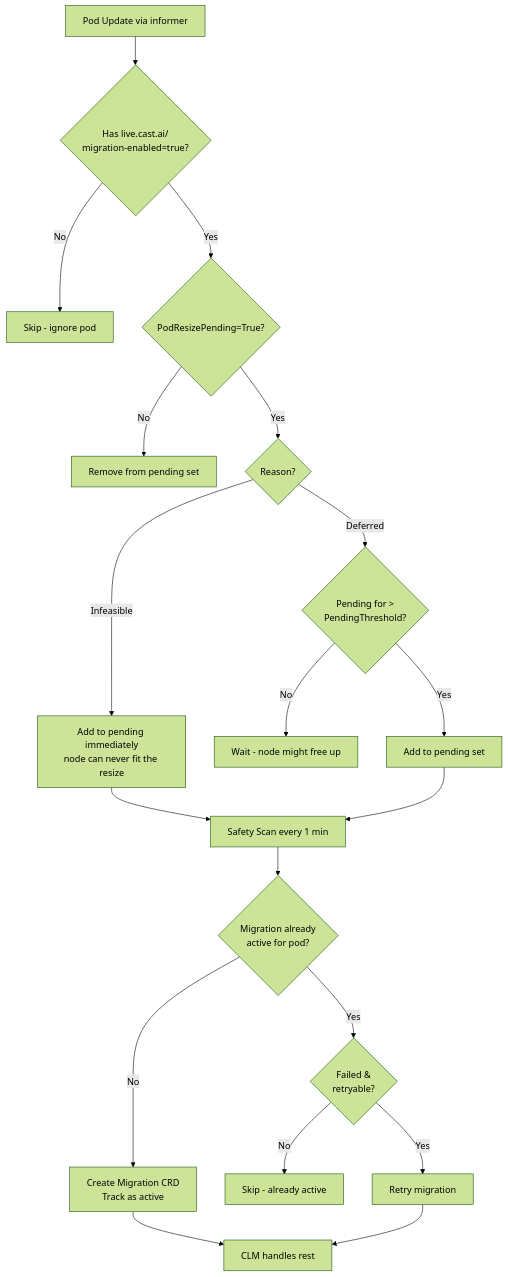
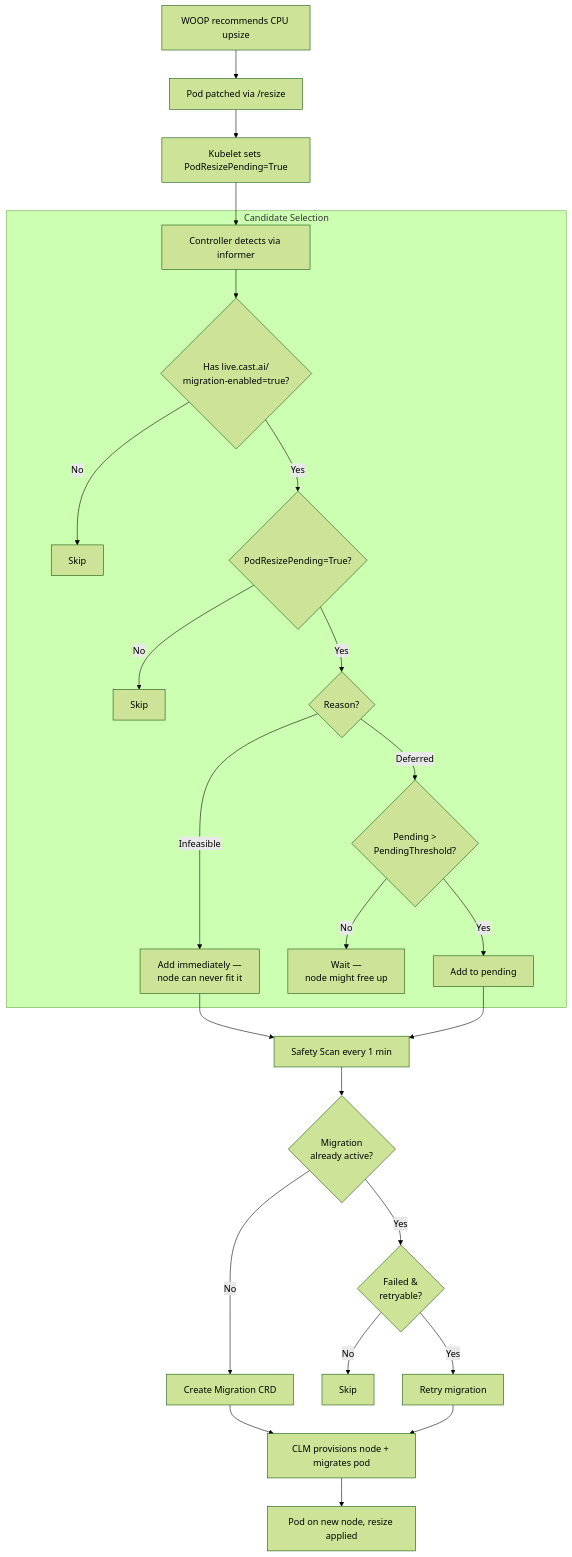
One commit to ronakforcast/castai-workload-resize-migrator changed the diagram in README.md. Above: the diagram before and after it, drawn with Mermaid (forest theme). The commit also changed other lines of this file, not shown here.

Commit message:
Replace 4 diagrams with single unified diagram

````diff
--- a/README.md
+++ b/README.md
@@ -87,27 +31,35 @@
 ```mermaid
 flowchart TD
-    Start[Pod Update via informer] --> Label{Has live.cast.ai/
+    WOOP[WOOP recommends CPU upsize] --> Pod[Pod patched via /resize]
+    Pod --> Kubelet[Kubelet sets PodResizePending=True]
+    Kubelet --> Controller[Controller detects via informer]
+
+    subgraph CandidateSelection[Candidate Selection]
+        Controller --> Label{Has live.cast.ai/
 migration-enabled=true?}
-    Label -->|No| Skip[Skip - ignore pod]
-    Label -->|Yes| Condition{PodResizePending=True?}
-    Condition -->|No| Remove[Remove from pending set]
-    Condition -->|Yes| Reason{Reason?}
-    Reason -->|Infeasible| Immediate[Add to pending immediately
-node can never fit the resize]
-    Reason -->|Deferred| Threshold{Pending for >
+        Label -->|No| Skip[Skip]
+        Label -->|Yes| Condition{PodResizePending=True?}
+        Condition -->|No| Skip2[Skip]
+        Condition -->|Yes| Reason{Reason?}
+        Reason -->|Infeasible| Immediate[Add immediately —
+node can never fit it]
+        Reason -->|Deferred| Threshold{Pending >
 PendingThreshold?}
-    Threshold -->|No| Wait[Wait - node might free up]
-    Threshold -->|Yes| Add[Add to pending set]
+        Threshold -->|No| Wait[Wait —
+node might free up]
+        Threshold -->|Yes| Add[Add to pending]
+    end
+
     Immediate --> SafetyScan[Safety Scan every 1 min]
     Add --> SafetyScan
-    SafetyScan --> Active{Migration already
-active for pod?}
+    SafetyScan --> Active{Migration
+already active?}
     Active -->|Yes| RetryCheck{Failed &
 retryable?}
     RetryCheck -->|Yes| Retry[Retry migration]
-    RetryCheck -->|No| SkipActive[Skip - already active]
-    Active -->|No| Create[Create Migration CRD
-Track as active]
-    Create --> CLM[CLM handles rest]
+    RetryCheck -->|No| SkipActive[Skip]
+    Active -->|No| Create[Create Migration CRD]
+    Create --> CLM[CLM provisions node + migrates pod]
     Retry --> CLM
+    CLM --> Done[Pod on new node, resize applied]
 ```
````
